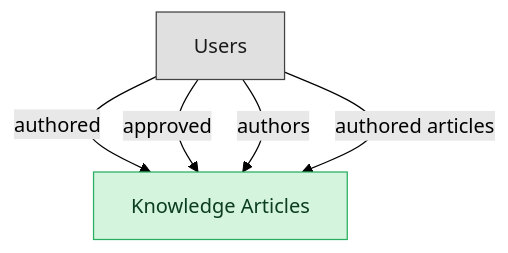
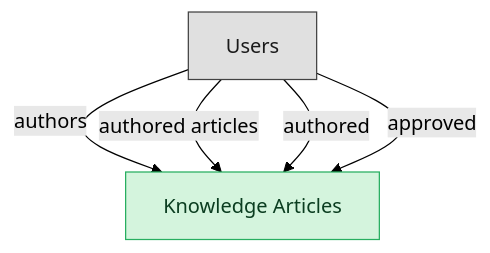
Before and after one commit to IntranetFactory/domain-map: the diagram in catalog/blueprints/itsm-knowledge-semantic-blueprint.md, drawn with Mermaid (forest theme). The commit also changed other lines of this file and 122 other files, not shown here.

````diff
--- a/catalog/blueprints/itsm-knowledge-semantic-blueprint.md
+++ b/catalog/blueprints/itsm-knowledge-semantic-blueprint.md
@@ -33,13 +34,13 @@
 ```mermaid
 flowchart TD
   classDef master fill:#d4f4dd,stroke:#27ae60,color:#0b3d20;
   classDef platform_builtin fill:#e0e0e0,stroke:#424242,color:#1a1a1a;
   knowledge_articles["Knowledge Articles"]
   users["Users"]
+  users -->|"authors"| knowledge_articles
+  users -->|"authored articles"| knowledge_articles
   users -->|"authored"| knowledge_articles
   users -->|"approved"| knowledge_articles
-  users -->|"authors"| knowledge_articles
-  users -->|"authored articles"| knowledge_articles
   class knowledge_articles master;
   class users platform_builtin;
 ```
````
